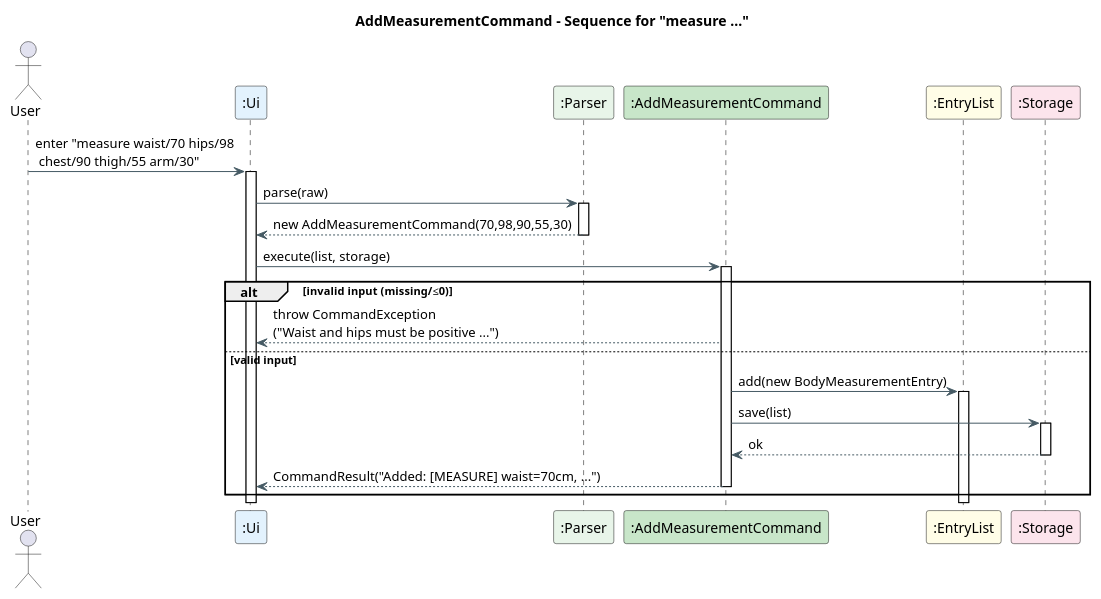
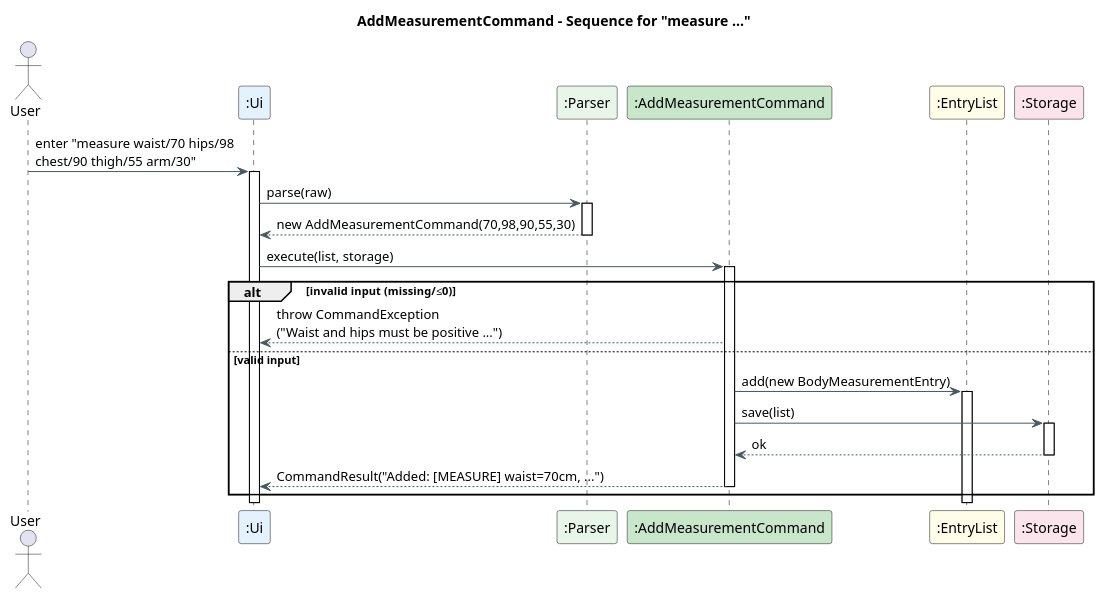
Before and after one commit to AY2526S1-CS2113-T11-3/tp: the diagram in docs/diagrams/AddMeasurement_SequenceDiagram.puml, drawn with PlantUML. The commit also changed 2 other files, not shown here.

Commit message:
(#145) Fix AddMeasurement Sequence Diagram

```diff
--- a/docs/diagrams/AddMeasurement_SequenceDiagram.puml
+++ b/docs/diagrams/AddMeasurement_SequenceDiagram.puml
@@ -1,44 +1,44 @@
 @startuml
 ' ===== Sequence: measure waist/70 hips/98 chest/90 thigh/55 arm/30 =====
 title AddMeasurementCommand - Sequence for "measure ..."
 
 skinparam shadowing false
 skinparam defaultFontName Arial
 skinparam sequence {
   LifeLineBorderColor black
   BoxBorderColor #90A4AE
   BoxBackgroundColor #F5F7FA
   ArrowColor #455A64
   ArrowThickness 1
 }
 
 actor User
 participant ":Ui"           as UI  #E3F2FD
 participant ":Parser"       as PR  #E8F5E9
 participant ":AddMeasurementCommand" as AMC #C8E6C9
 participant ":EntryList"    as LIST #FFFDE7
 participant ":Storage"      as ST   #FCE4EC
 
-User -> UI : enter "measure waist/70 hips/98\n chest/90 thigh/55 arm/30"
+User -> UI : enter "measure waist/70 hips/98 \nchest/90 thigh/55 arm/30"
 activate UI
 UI -> PR  : parse(raw)
 activate PR
 PR --> UI  : new AddMeasurementCommand(70,98,90,55,30)
 deactivate PR
 UI -> AMC : execute(list, storage)
 activate AMC
 
 alt invalid input (missing/≤0)
   AMC --> UI : throw CommandException\n("Waist and hips must be positive ...")
 else valid input
   AMC -> LIST : add(new BodyMeasurementEntry)
   activate LIST
   AMC -> ST   : save(list)
   activate ST
   ST --> AMC  : ok
   deactivate ST
   AMC --> UI  : CommandResult("Added: [MEASURE] waist=70cm, ...")
   deactivate AMC
 end
 
 @enduml
```
